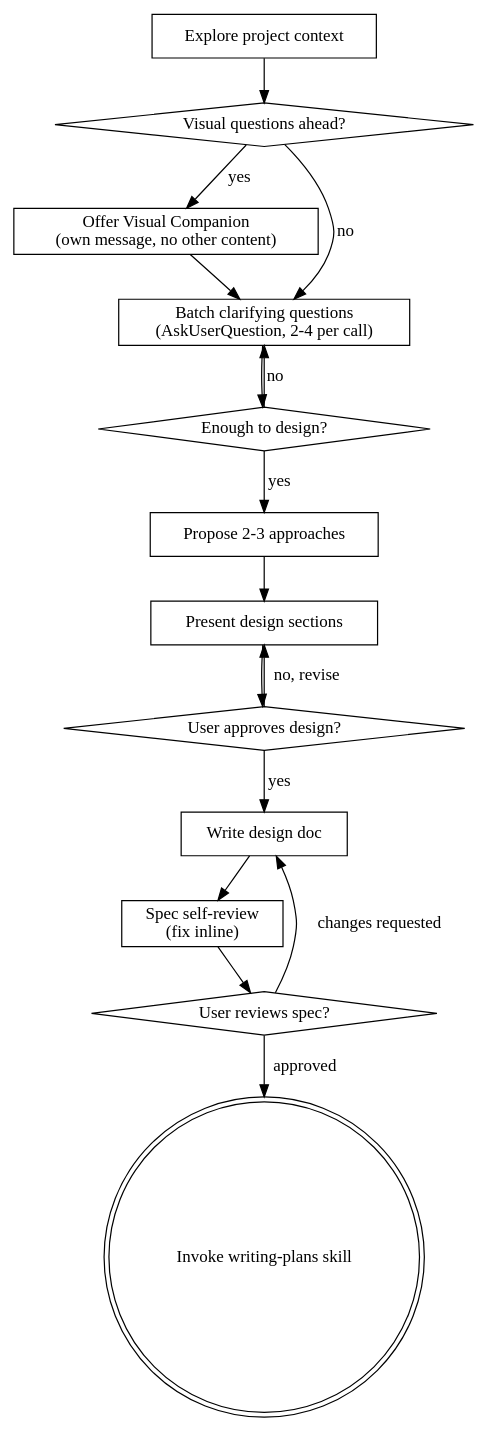
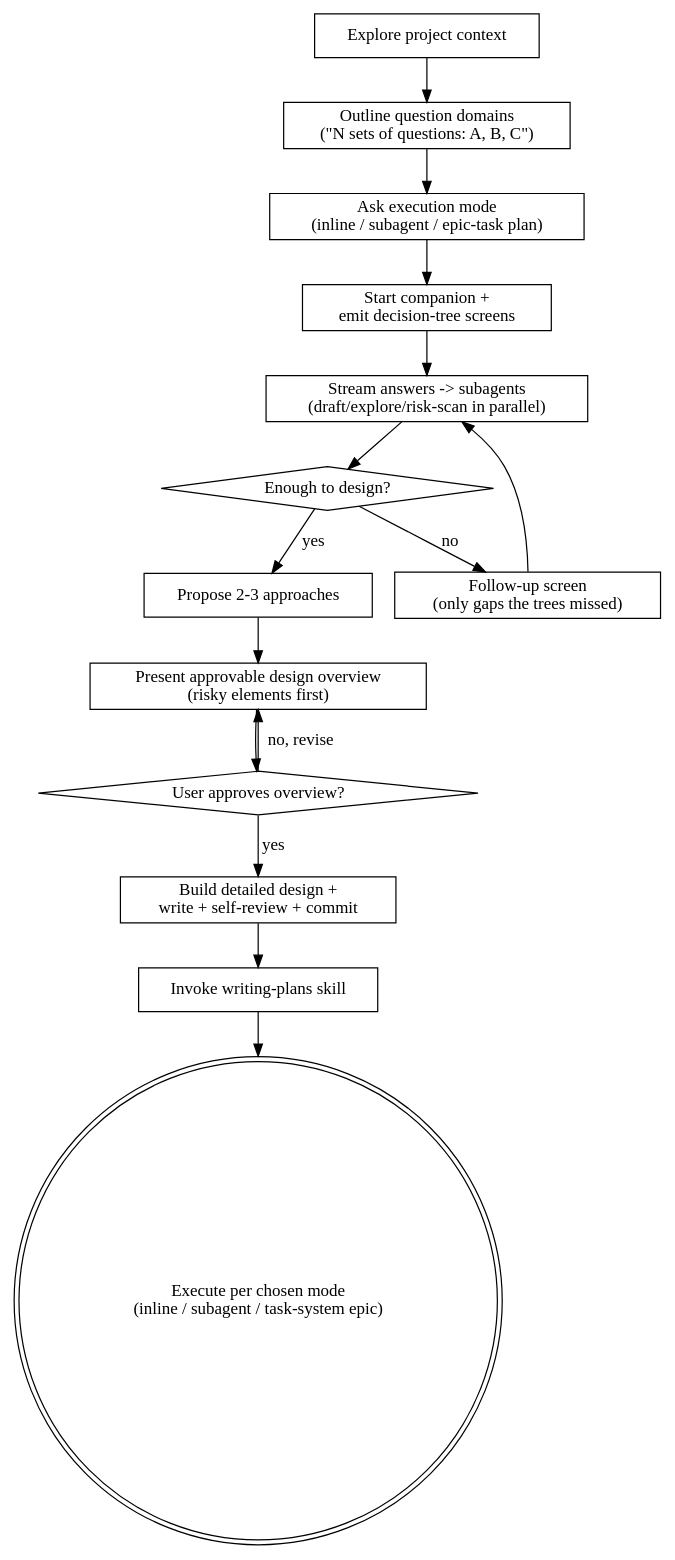
The diagram in skills/brainstorming/SKILL.md (standardbeagle/superpowers), drawn with Graphviz before and after one commit. The commit also changed other lines of this file and 89 other files, not shown here.

````diff
--- a/skills/brainstorming/SKILL.md
+++ b/skills/brainstorming/SKILL.md
@@ -36,32 +45,32 @@
 ```dot
 digraph brainstorming {
     "Explore project context" [shape=box];
-    "Visual questions ahead?" [shape=diamond];
-    "Offer Visual Companion\n(own message, no other content)" [shape=box];
-    "Batch clarifying questions\n(AskUserQuestion, 2-4 per call)" [shape=box];
+    "Outline question domains\n(\"N sets of questions: A, B, C\")" [shape=box];
+    "Ask execution mode\n(inline / subagent / epic-task plan)" [shape=box];
+    "Start companion +\nemit decision-tree screens" [shape=box];
+    "Stream answers -> subagents\n(draft/explore/risk-scan in parallel)" [shape=box];
     "Enough to design?" [shape=diamond];
+    "Follow-up screen\n(only gaps the trees missed)" [shape=box];
     "Propose 2-3 approaches" [shape=box];
-    "Present design sections" [shape=box];
-    "User approves design?" [shape=diamond];
-    "Write design doc" [shape=box];
-    "Spec self-review\n(fix inline)" [shape=box];
-    "User reviews spec?" [shape=diamond];
-    "Invoke writing-plans skill" [shape=doublecircle];
+    "Present approvable design overview\n(risky elements first)" [shape=box];
+    "User approves overview?" [shape=diamond];
+    "Build detailed design +\nwrite + self-review + commit" [shape=box];
+    "Invoke writing-plans skill" [shape=box];
+    "Execute per chosen mode\n(inline / subagent / task-system epic)" [shape=doublecircle];
 
-    "Explore project context" -> "Visual questions ahead?";
-    "Visual questions ahead?" -> "Offer Visual Companion\n(own message, no other content)" [label="yes"];
-    "Visual questions ahead?" -> "Batch clarifying questions\n(AskUserQuestion, 2-4 per call)" [label="no"];
-    "Offer Visual Companion\n(own message, no other content)" -> "Batch clarifying questions\n(AskUserQuestion, 2-4 per call)";
-    "Batch clarifying questions\n(AskUserQuestion, 2-4 per call)" -> "Enough to design?" ;
-    "Enough to design?" -> "Batch clarifying questions\n(AskUserQuestion, 2-4 per call)" [label="no"];
+    "Explore project context" -> "Outline question domains\n(\"N sets of questions: A, B, C\")";
+    "Outline question domains\n(\"N sets of questions: A, B, C\")" -> "Ask execution mode\n(inline / subagent / epic-task plan)";
+    "Ask execution mode\n(inline / subagent / epic-task plan)" -> "Start companion +\nemit decision-tree screens";
+    "Start companion +\nemit decision-tree screens" -> "Stream answers -> subagents\n(draft/explore/risk-scan in parallel)";
+    "Stream answers -> subagents\n(draft/explore/risk-scan in parallel)" -> "Enough to design?";
+    "Enough to design?" -> "Follow-up screen\n(only gaps the trees missed)" [label="no"];
+    "Follow-up screen\n(only gaps the trees missed)" -> "Stream answers -> subagents\n(draft/explore/risk-scan in parallel)";
     "Enough to design?" -> "Propose 2-3 approaches" [label="yes"];
-    "Propose 2-3 approaches" -> "Present design sections";
-    "Present design sections" -> "User approves design?";
-    "User approves design?" -> "Present design sections" [label="no, revise"];
-    "User approves design?" -> "Write design doc" [label="yes"];
-    "Write design doc" -> "Spec self-review\n(fix inline)";
-    "Spec self-review\n(fix inline)" -> "User reviews spec?";
-    "User reviews spec?" -> "Write design doc" [label="changes requested"];
-    "User reviews spec?" -> "Invoke writing-plans skill" [label="approved"];
+    "Propose 2-3 approaches" -> "Present approvable design overview\n(risky elements first)";
+    "Present approvable design overview\n(risky elements first)" -> "User approves overview?";
+    "User approves overview?" -> "Present approvable design overview\n(risky elements first)" [label="no, revise"];
+    "User approves overview?" -> "Build detailed design +\nwrite + self-review + commit" [label="yes"];
+    "Build detailed design +\nwrite + self-review + commit" -> "Invoke writing-plans skill";
+    "Invoke writing-plans skill" -> "Execute per chosen mode\n(inline / subagent / task-system epic)";
 }
 ```
````
